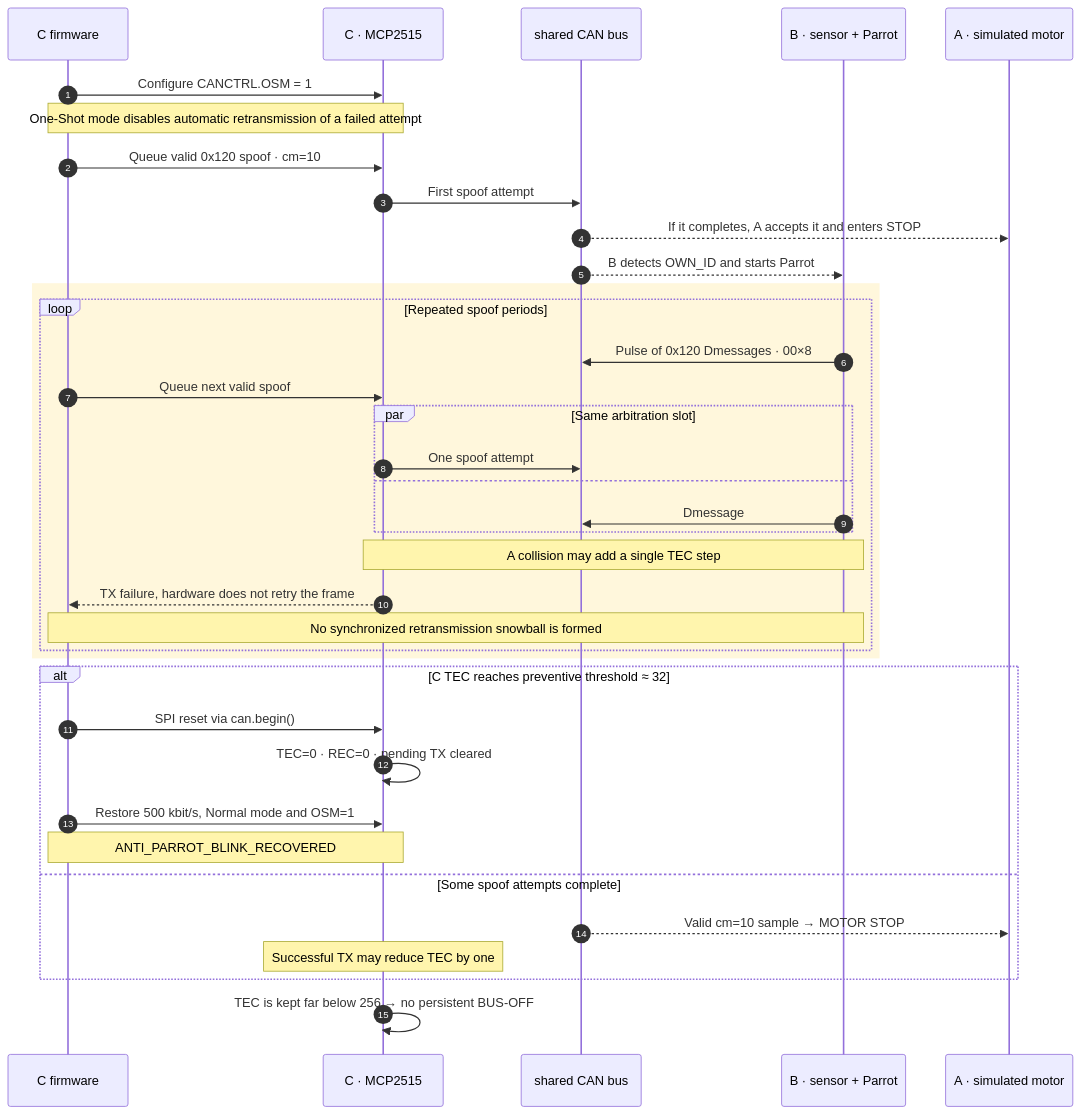
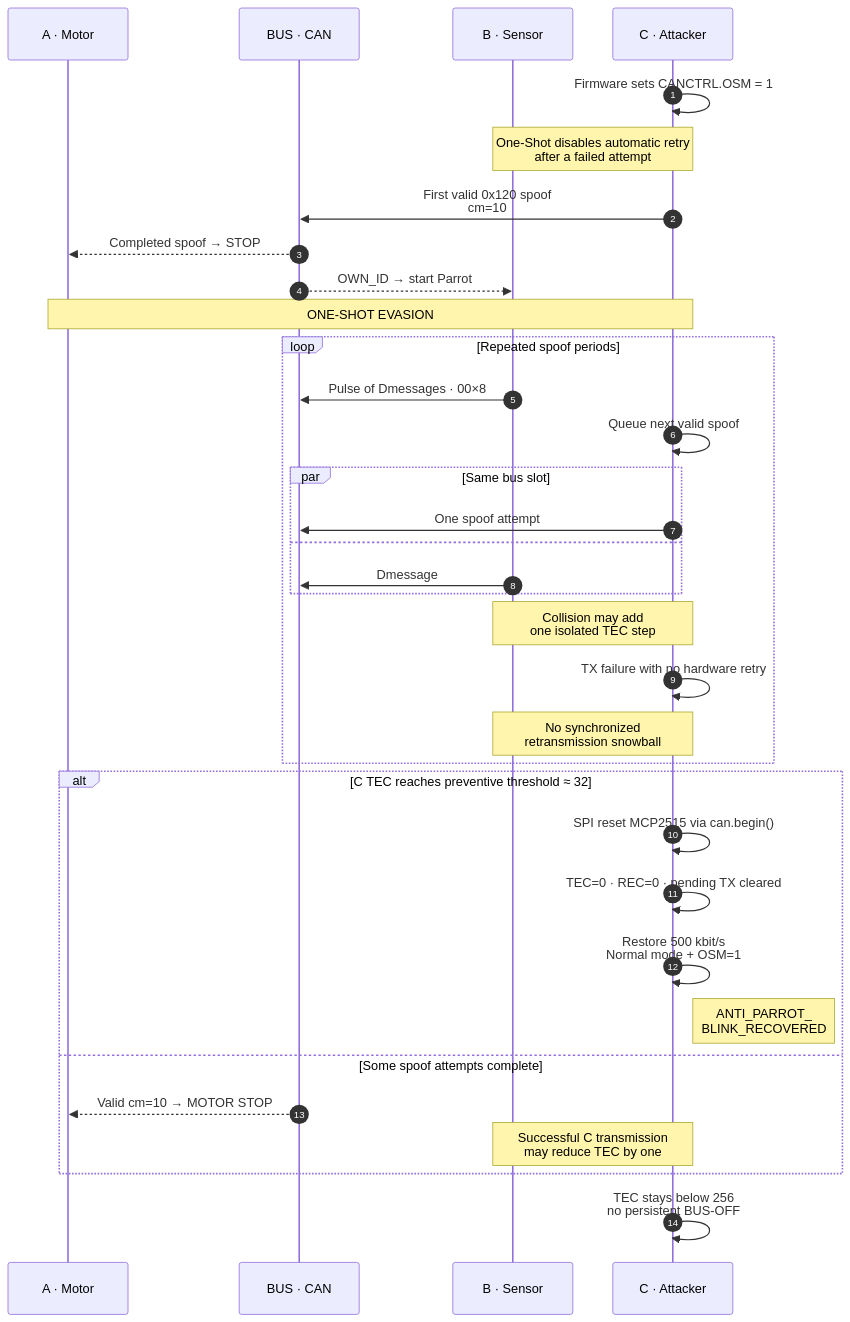
The fifth of 6 diagrams in README.md (sadrobot69/Paper-Perishes-Parrot), drawn with Mermaid before and after one commit. The commit also changed other lines of this file, not shown here.

Commit message:
Cambio de color en los diagramas

````diff
--- a/README.md
+++ b/README.md
@@ -307,44 +291,41 @@
 ```mermaid
 sequenceDiagram
     autonumber
-    participant CFW as C firmware
-    participant CMCP as C · MCP2515
-    participant CAN as shared CAN bus
-    participant B as B · sensor + Parrot
-    participant A as A · simulated motor
+    participant A as A · Motor
+    participant BUS as BUS · CAN
+    participant B as B · Sensor
+    participant C as C · Attacker
 
-    CFW->>CMCP: Configure CANCTRL.OSM = 1
-    Note over CFW,CMCP: One-Shot mode disables automatic retransmission of a failed attempt
+    C->>C: Firmware sets CANCTRL.OSM = 1
+    Note over B,C: One-Shot disables automatic retry<br/>after a failed attempt
 
-    CFW->>CMCP: Queue valid 0x120 spoof · cm=10
-    CMCP->>CAN: First spoof attempt
-    CAN-->>A: If it completes, A accepts it and enters STOP
-    CAN-->>B: B detects OWN_ID and starts Parrot
+    C->>BUS: First valid 0x120 spoof<br/>cm=10
+    BUS-->>A: Completed spoof → STOP
+    BUS-->>B: OWN_ID → start Parrot
 
-    rect rgb(255, 247, 220)
-        loop Repeated spoof periods
-            B->>CAN: Pulse of 0x120 Dmessages · 00×8
-            CFW->>CMCP: Queue next valid spoof
-            par Same arbitration slot
-                CMCP->>CAN: One spoof attempt
-            and
-                B->>CAN: Dmessage
-            end
-            Note over CMCP,B: A collision may add a single TEC step
-            CMCP-->>CFW: TX failure, hardware does not retry the frame
-            Note over CFW,B: No synchronized retransmission snowball is formed
+    Note over A,C: ONE-SHOT EVASION
+    loop Repeated spoof periods
+        B->>BUS: Pulse of Dmessages · 00×8
+        C->>C: Queue next valid spoof
+        par Same bus slot
+            C->>BUS: One spoof attempt
+        and
+            B->>BUS: Dmessage
         end
+        Note over B,C: Collision may add<br/>one isolated TEC step
+        C->>C: TX failure with no hardware retry
+        Note over B,C: No synchronized<br/>retransmission snowball
     end
 
     alt C TEC reaches preventive threshold ≈ 32
-        CFW->>CMCP: SPI reset via can.begin()
-        CMCP->>CMCP: TEC=0 · REC=0 · pending TX cleared
-        CFW->>CMCP: Restore 500 kbit/s, Normal mode and OSM=1
-        Note over CFW,CMCP: ANTI_PARROT_BLINK_RECOVERED
+        C->>C: SPI reset MCP2515 via can.begin()
+        C->>C: TEC=0 · REC=0 · pending TX cleared
+        C->>C: Restore 500 kbit/s<br/>Normal mode + OSM=1
+        Note right of C: ANTI_PARROT_<br/>BLINK_RECOVERED
     else Some spoof attempts complete
-        CAN-->>A: Valid cm=10 sample → MOTOR STOP
-        Note over CMCP: Successful TX may reduce TEC by one
+        BUS-->>A: Valid cm=10 → MOTOR STOP
+        Note over B,C: Successful C transmission<br/>may reduce TEC by one
     end
 
-    CMCP->>CMCP: TEC is kept far below 256 → no persistent BUS-OFF
+    C->>C: TEC stays below 256<br/>no persistent BUS-OFF
 ```
````
